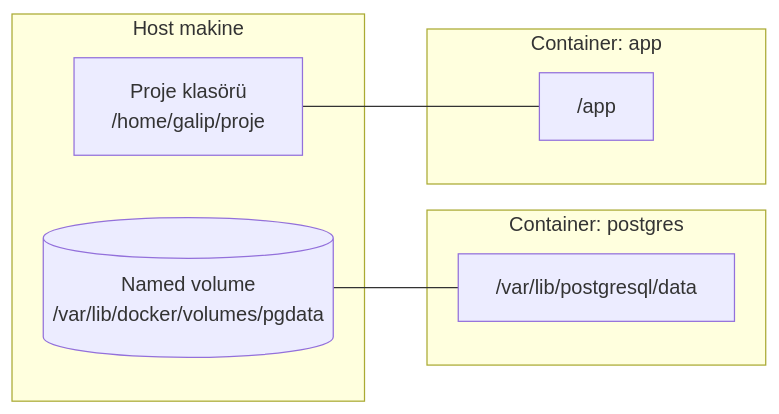
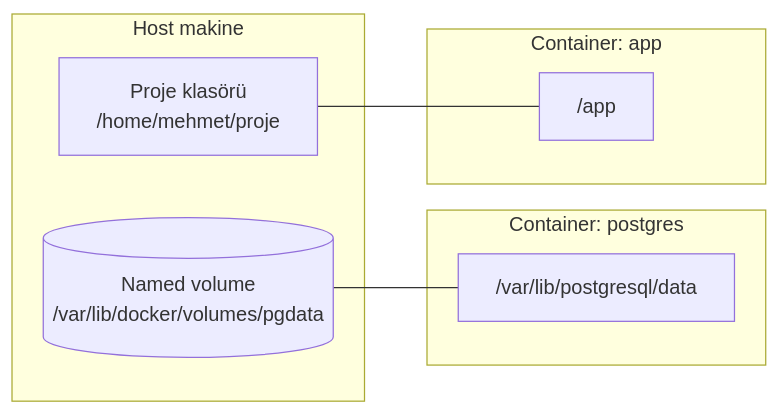
Before and after one commit to GalipSoken/atlas: the diagram in docs/04-docker/05-volume.md, drawn with Mermaid. The commit also changed 36 other files, not shown here.

````diff
--- a/docs/04-docker/05-volume.md
+++ b/docs/04-docker/05-volume.md
@@ -17,15 +17,15 @@
 ```mermaid
 flowchart LR
     subgraph HOST[Host makine]
         V[(Named volume<br/>/var/lib/docker/volumes/pgdata)]
-        B[Proje klasörü<br/>/home/galip/proje]
+        B[Proje klasörü<br/>/home/mehmet/proje]
     end
     subgraph C1[Container: postgres]
         P["/var/lib/postgresql/data"]
     end
     subgraph C2[Container: app]
         A["/app"]
     end
     V --- P
     B --- A
 ```
````
